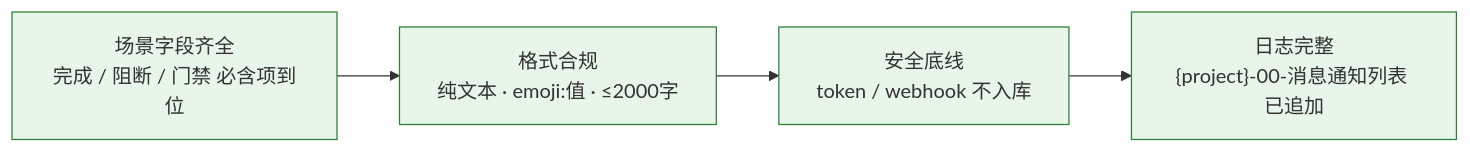
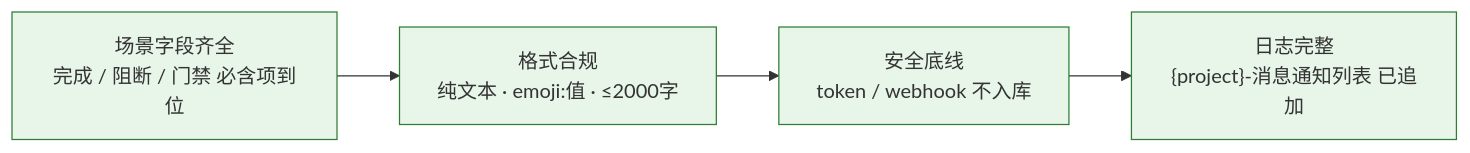
One commit to effiy/YrY changed diagram 11 of 11 in skills/wework-bot/SKILL.md. Above: the diagram before and after it, drawn with Mermaid. The commit also changed other lines of this file and 90 other files, not shown here.

````diff
--- a/skills/wework-bot/SKILL.md
+++ b/skills/wework-bot/SKILL.md
@@ -373,8 +373,8 @@
 ```mermaid
 flowchart LR
     S1["场景字段齐全<br/>完成 / 阻断 / 门禁 必含项到位"]:::sig --> S2["格式合规<br/>纯文本 · emoji:值 · ≤2000字"]:::sig
     S2 --> S3["安全底线<br/>token / webhook 不入库"]:::sig
-    S3 --> S4["日志完整<br/>{project}-00-消息通知列表 已追加"]:::sig
+    S3 --> S4["日志完整<br/>{project}-消息通知列表 已追加"]:::sig
 
     classDef sig fill:#e8f5e9,stroke:#2e7d32;
 ```
````
